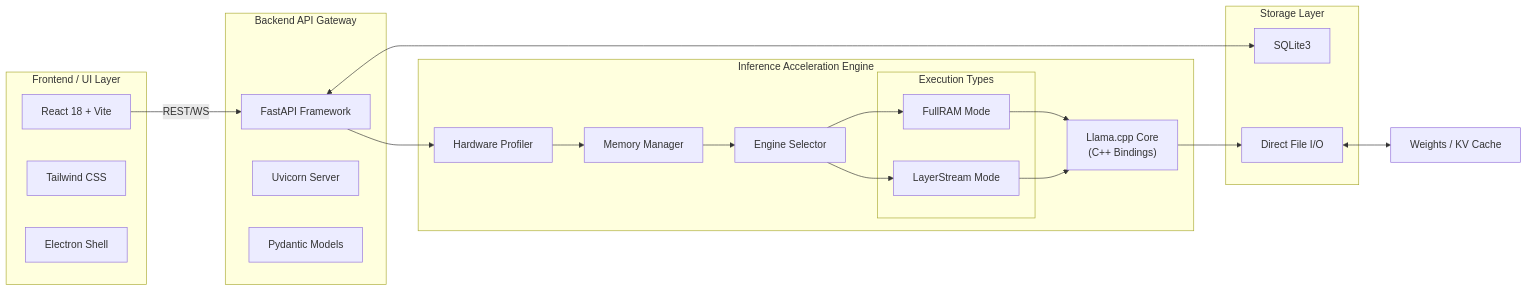
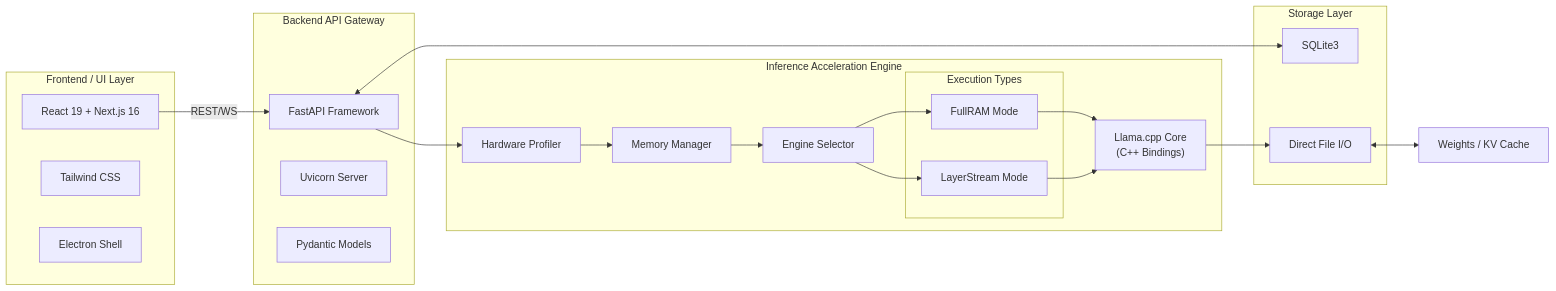
Before and after one commit to yashshinde0080/SovereignAI: the diagram in TRD.md, drawn with Mermaid. The commit also changed other lines of this file and 6 other files, not shown here.

````diff
--- a/TRD.md
+++ b/TRD.md
@@ -50,44 +50,44 @@
 ```mermaid
 graph LR
     subgraph UI ["Frontend / UI Layer"]
-        React["React 18 + Vite"]
+        React["React 19 + Next.js 16"]
         Tailwind["Tailwind CSS"]
         Electron_UI["Electron Shell"]
     end
 
     subgraph API ["Backend API Gateway"]
         FastAPI["FastAPI Framework"]
         Uvicorn["Uvicorn Server"]
         Pydantic["Pydantic Models"]
     end
 
     subgraph Storage ["Storage Layer"]
         SQLite["SQLite3"]
         FileIO["Direct File I/O"]
     end
 
     subgraph Inference ["Inference Acceleration Engine"]
         Profiler["Hardware Profiler"]
         MemoryMgr["Memory Manager"]
         Selector["Engine Selector"]
         
         subgraph Engines ["Execution Types"]
             FullRAM["FullRAM Mode"]
             LayerStream["LayerStream Mode"]
         end
 
         LlamaCPP["Llama.cpp Core\n(C++ Bindings)"]
     end
 
     React -- REST/WS --> FastAPI
     FastAPI <--> SQLite
     FastAPI --> Profiler
     Profiler --> MemoryMgr
     MemoryMgr --> Selector
     Selector --> FullRAM
     Selector --> LayerStream
     FullRAM --> LlamaCPP
     LayerStream --> LlamaCPP
     FileIO <--> SQL["Weights / KV Cache"]
     LlamaCPP --> FileIO
 ```
````
